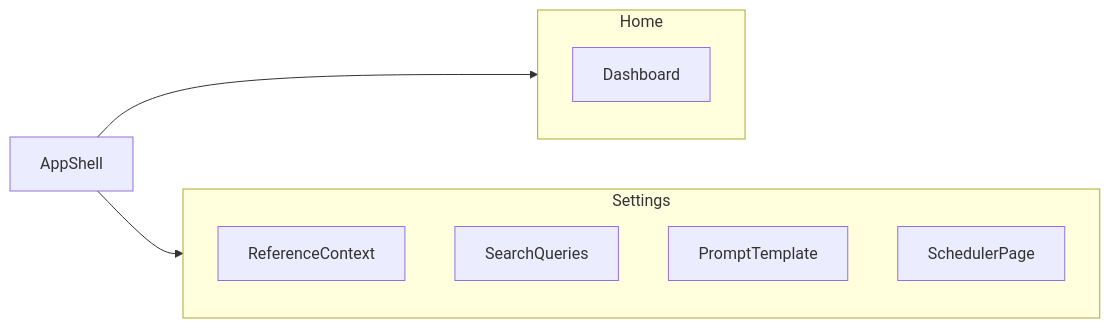
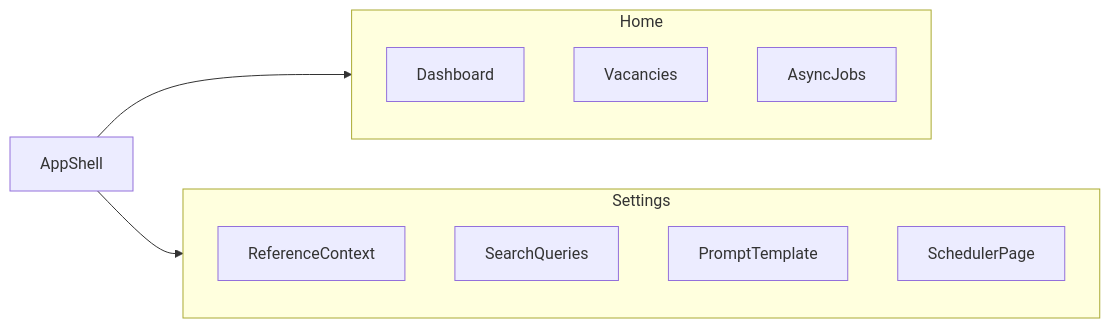
One commit to joposcragent/specifications changed the diagram in front/README.md. Above: the diagram before and after it, drawn with Mermaid. The commit also changed other lines of this file and 5 other files, not shown here.

First line of the commit message:
Документация UI оркестратора асинхронных джобов и API async-jobs-crud.

````diff
--- a/front/README.md
+++ b/front/README.md
@@ -28,14 +31,16 @@
 ```mermaid
 flowchart LR
   subgraph home [Home]
     dash[Dashboard]
+    vac[Vacancies]
+    asyncJobs[AsyncJobs]
   end
   subgraph settings [Settings]
     ref[ReferenceContext]
     sq[SearchQueries]
     pt[PromptTemplate]
     sch[SchedulerPage]
   end
   shell[AppShell] --> home
   shell --> settings
 ```
````
